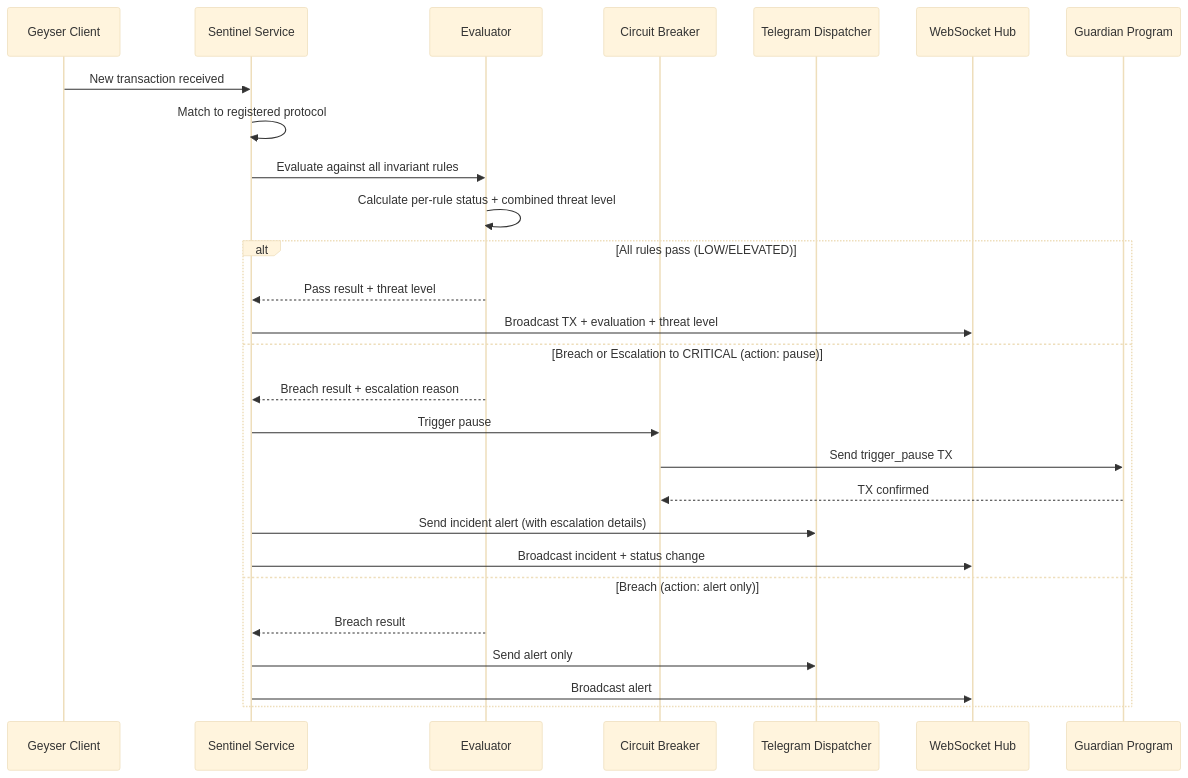
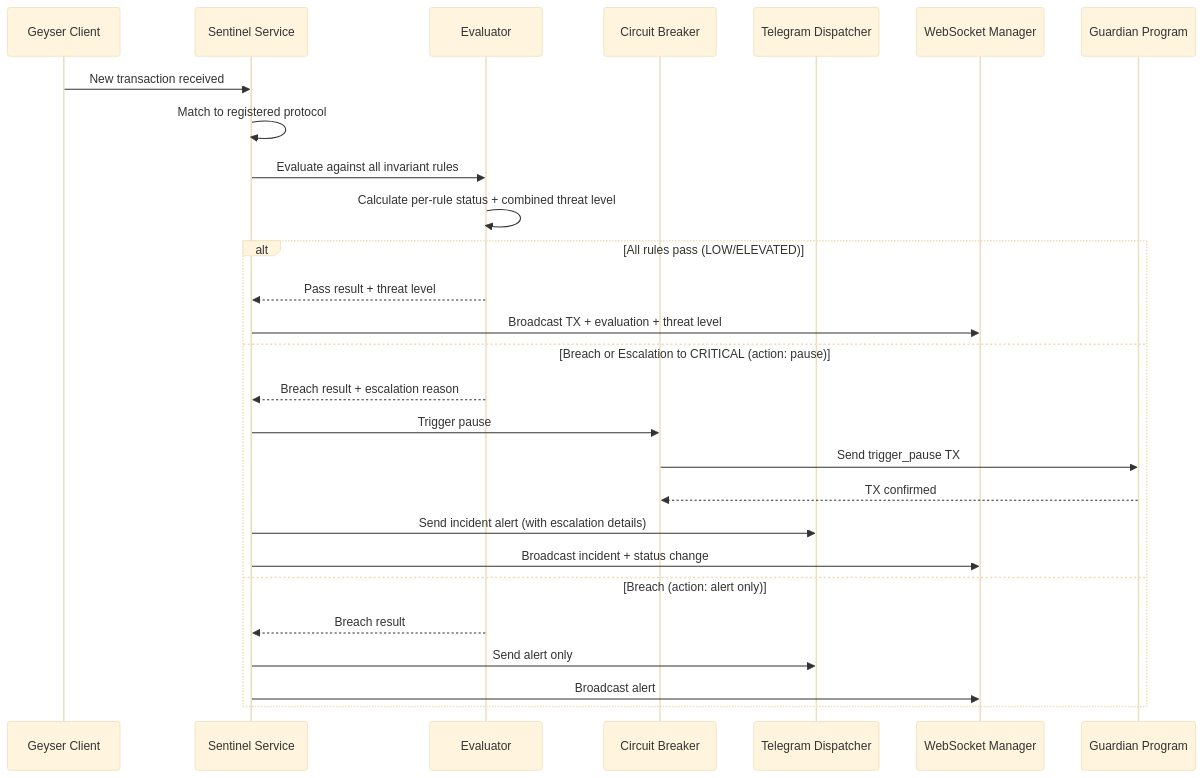
One commit to yebology/killswitch changed the third of 5 diagrams in .kiro/specs/killswitch-backend/design.md. Above: the diagram before and after it, drawn with Mermaid (base theme). The commit also changed other lines of this file and 129 other files, not shown here.

````diff
--- a/.kiro/specs/killswitch-backend/design.md
+++ b/.kiro/specs/killswitch-backend/design.md
@@ -138,31 +143,31 @@
 ```mermaid
 sequenceDiagram
     participant Geyser as Geyser Client
     participant Sentinel as Sentinel Service
     participant Eval as Evaluator
     participant CB as Circuit Breaker
     participant TG as Telegram Dispatcher
-    participant WS as WebSocket Hub
+    participant WS as WebSocket Manager
     participant Guardian as Guardian Program
 
     Geyser->>Sentinel: New transaction received
     Sentinel->>Sentinel: Match to registered protocol
     Sentinel->>Eval: Evaluate against all invariant rules
     Eval->>Eval: Calculate per-rule status + combined threat level
     
     alt All rules pass (LOW/ELEVATED)
         Eval-->>Sentinel: Pass result + threat level
         Sentinel->>WS: Broadcast TX + evaluation + threat level
     else Breach or Escalation to CRITICAL (action: pause)
         Eval-->>Sentinel: Breach result + escalation reason
         Sentinel->>CB: Trigger pause
         CB->>Guardian: Send trigger_pause TX
         Guardian-->>CB: TX confirmed
         Sentinel->>TG: Send incident alert (with escalation details)
         Sentinel->>WS: Broadcast incident + status change
     else Breach (action: alert only)
         Eval-->>Sentinel: Breach result
         Sentinel->>TG: Send alert only
         Sentinel->>WS: Broadcast alert
     end
 ```
````
